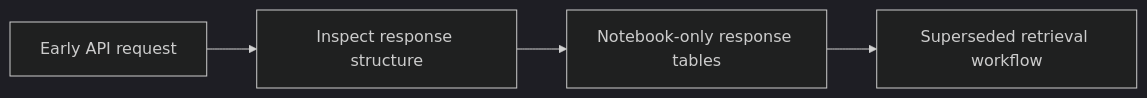
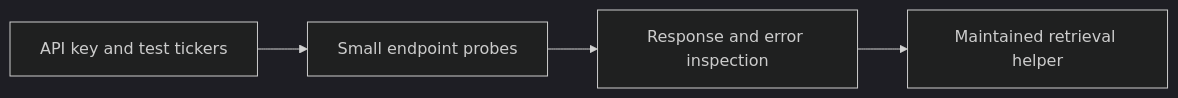
Before and after one commit to Ferreter/Dissertation: the diagram in docs/notebooks/legacy/02_API-initial.md, drawn with Mermaid (dark theme). The commit also changed other lines of this file and 27 other files, not shown here.

````diff
--- a/docs/notebooks/legacy/02_API-initial.md
+++ b/docs/notebooks/legacy/02_API-initial.md
@@ -12,6 +13,6 @@
 ```mermaid
 flowchart LR
-    A["Early API request"] --> B["Inspect response structure"]
-    B --> C["Notebook-only response tables"]
-    C --> D["Superseded retrieval workflow"]
+    A["API key and test tickers"] --> B["Small endpoint probes"]
+    B --> C["Response and error inspection"]
+    C --> D["Maintained retrieval helper"]
 ```
````
